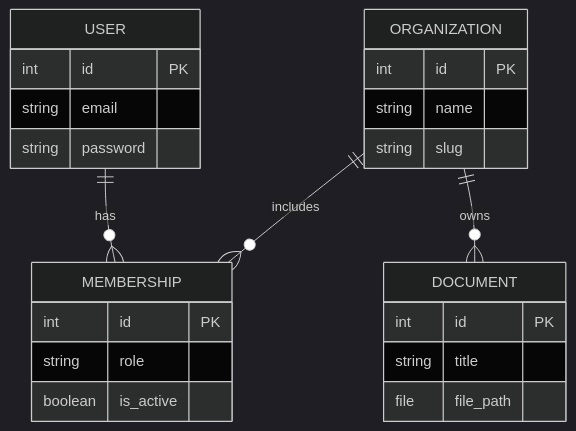
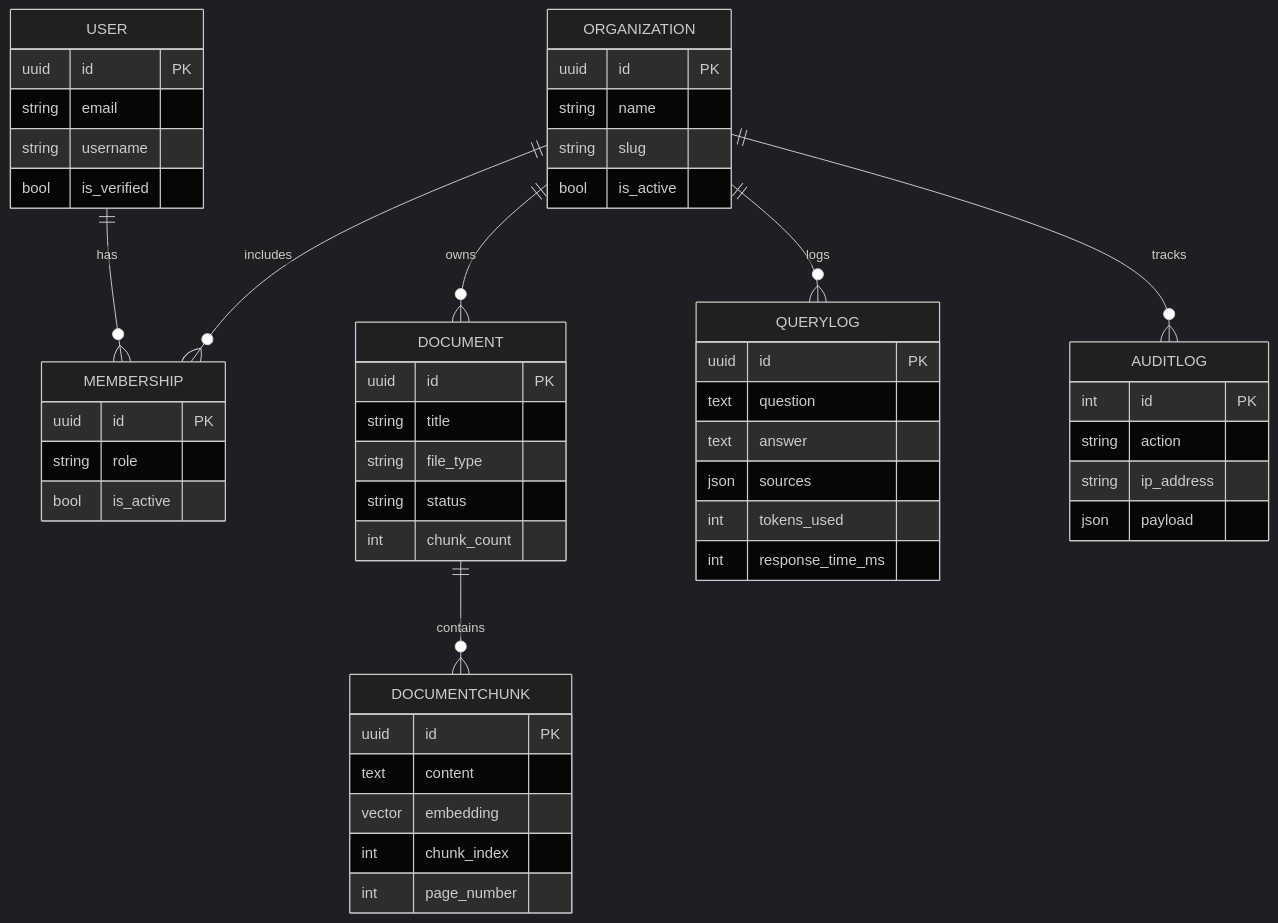
One commit to Jishan198/DocuMind changed the second of 3 diagrams in README.md. Above: the diagram before and after it, drawn with Mermaid (dark theme). The commit also changed other lines of this file and 12 other files, not shown here.

````diff
--- a/README.md
+++ b/README.md
@@ -78,27 +139,55 @@
 ```mermaid
 erDiagram
-    USER ||--o{ MEMBERSHIP : "has"
-    ORGANIZATION ||--o{ MEMBERSHIP : "includes"
-    ORGANIZATION ||--o{ DOCUMENT : "owns"
-    
+    USER ||--o{ MEMBERSHIP : has
+    ORGANIZATION ||--o{ MEMBERSHIP : includes
+    ORGANIZATION ||--o{ DOCUMENT : owns
+    ORGANIZATION ||--o{ QUERYLOG : logs
+    ORGANIZATION ||--o{ AUDITLOG : tracks
+    DOCUMENT ||--o{ DOCUMENTCHUNK : contains
+
     USER {
-        int id PK
+        uuid id PK
         string email
-        string password
+        string username
+        bool is_verified
     }
     ORGANIZATION {
-        int id PK
+        uuid id PK
         string name
         string slug
+        bool is_active
     }
     MEMBERSHIP {
-        int id PK
+        uuid id PK
         string role
-        boolean is_active
+        bool is_active
     }
     DOCUMENT {
+        uuid id PK
+        string title
+        string file_type
+        string status
+        int chunk_count
+    }
+    DOCUMENTCHUNK {
+        uuid id PK
+        text content
+        vector embedding
+        int chunk_index
+        int page_number
+    }
+    QUERYLOG {
+        uuid id PK
+        text question
+        text answer
+        json sources
+        int tokens_used
+        int response_time_ms
+    }
+    AUDITLOG {
         int id PK
-        string title
-        file file_path
+        string action
+        string ip_address
+        json payload
     }
 ```
````
